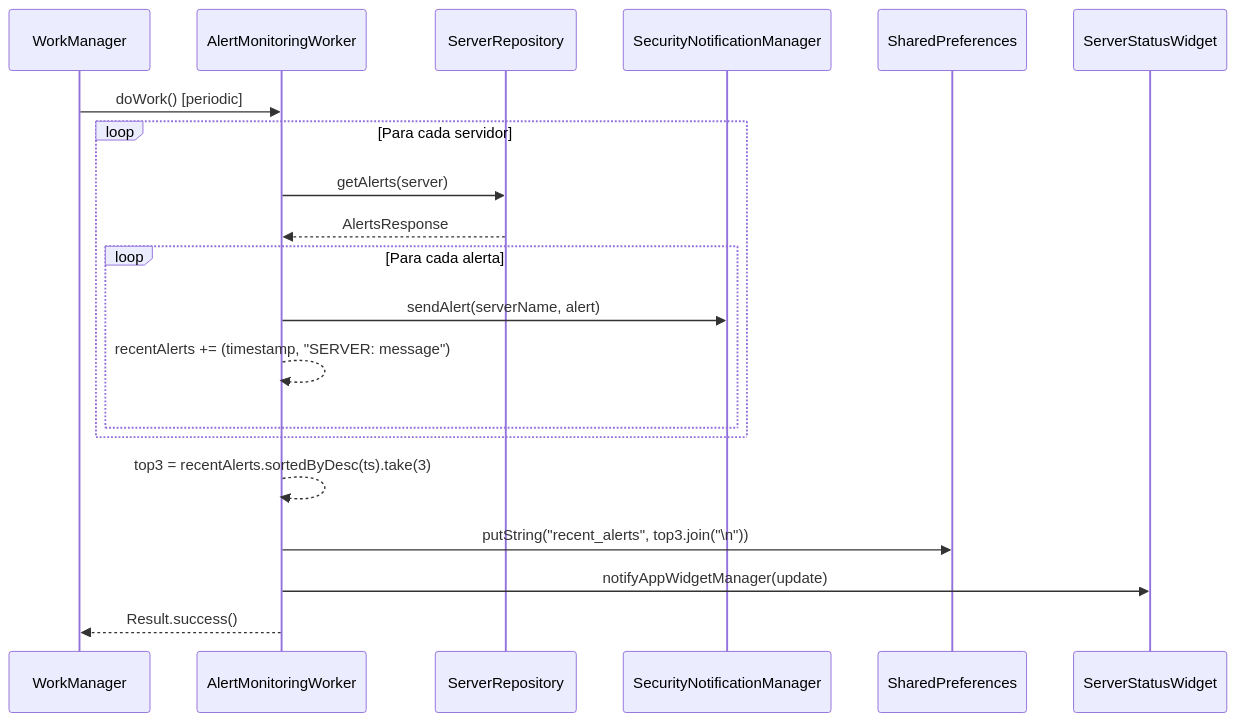
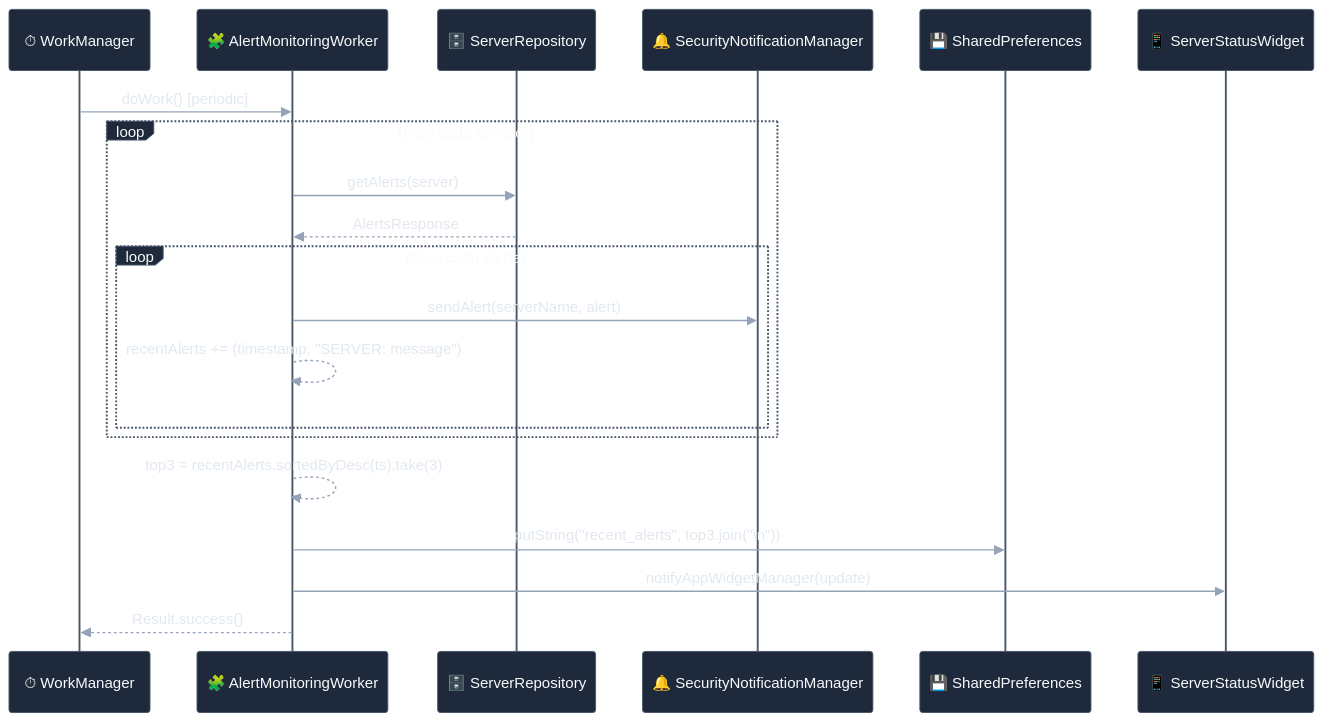
Diagram 14 of 15 in docs/ANDROID_APP.md (Munique-Feitoza/server-controller), drawn with Mermaid before and after one commit. The commit also changed other lines of this file and 8 other files, not shown here.

First line of the commit message:
docs: aplicar tema visual consistente nos diagramas mermaid

````diff
--- a/docs/ANDROID_APP.md
+++ b/docs/ANDROID_APP.md
@@ -528,23 +697,24 @@
 ```mermaid
+%%{init: { "theme": "base", "themeVariables": { "fontFamily": "Inter, sans-serif", "primaryColor": "#1e293b", "primaryTextColor": "#f8fafc", "primaryBorderColor": "#334155", "actorBkg": "#1e293b", "actorBorder": "#475569", "actorTextColor": "#f8fafc", "signalColor": "#94a3b8", "signalTextColor": "#e2e8f0", "noteBkgColor": "#334155", "noteTextColor": "#f1f5f9", "noteBorderColor": "#64748b" } }}%%
 sequenceDiagram
-    participant WM as WorkManager
-    participant Worker as AlertMonitoringWorker
-    participant Repo as ServerRepository
-    participant Notif as SecurityNotificationManager
-    participant Prefs as SharedPreferences
-    participant Widget as ServerStatusWidget
+    participant WM as ⏱ WorkManager
+    participant Worker as 🧩 AlertMonitoringWorker
+    participant Repo as 🗄️ ServerRepository
+    participant Notif as 🔔 SecurityNotificationManager
+    participant Prefs as 💾 SharedPreferences
+    participant Widget as 📱 ServerStatusWidget
 
     WM->>Worker: doWork() [periodic]
     loop Para cada servidor
         Worker->>Repo: getAlerts(server)
         Repo-->>Worker: AlertsResponse
         loop Para cada alerta
             Worker->>Notif: sendAlert(serverName, alert)
             Worker-->>Worker: recentAlerts += (timestamp, "SERVER: message")
         end
     end
     Worker-->>Worker: top3 = recentAlerts.sortedByDesc(ts).take(3)
     Worker->>Prefs: putString("recent_alerts", top3.join("\n"))
     Worker->>Widget: notifyAppWidgetManager(update)
     Worker-->>WM: Result.success()
 ```
````
